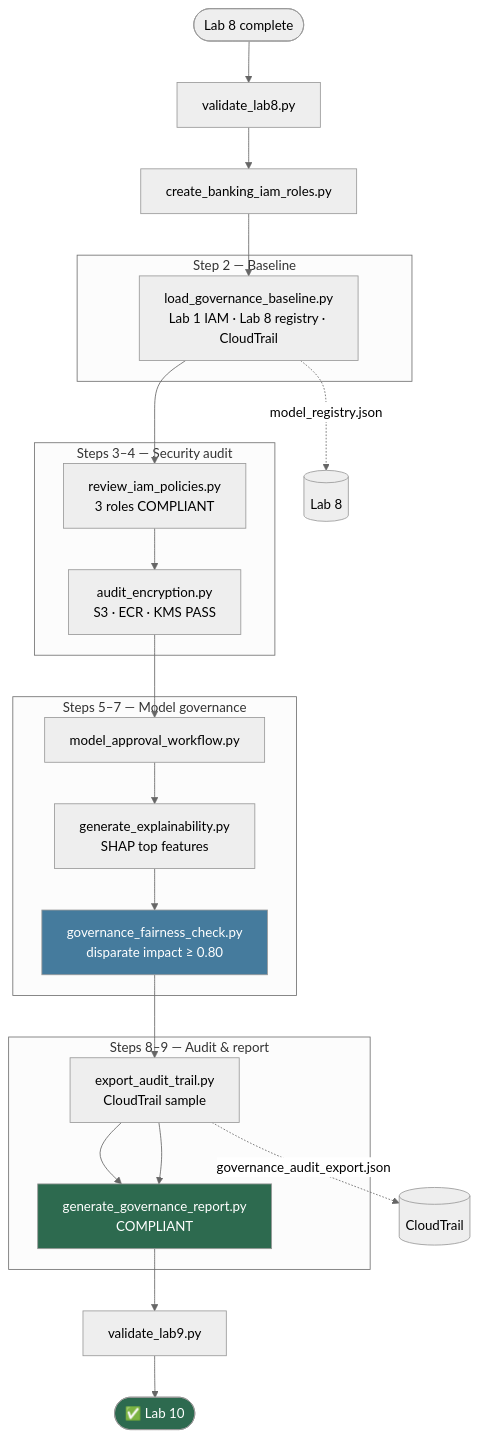
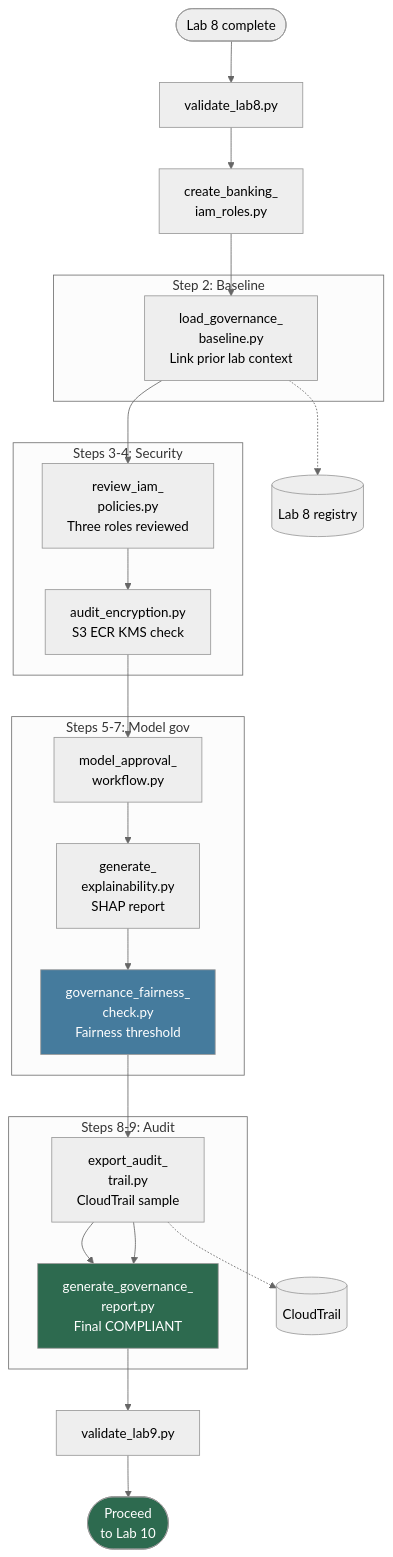
The diagram in lab9/README.md (Innovation-In-Software/ai-infra-mlops), drawn with Mermaid (neutral theme) before and after one commit. The commit also changed 10 other files, not shown here.

Commit message:
Fix lab flowcharts: multiline quoted labels to prevent text truncation.

````diff
--- a/lab9/README.md
+++ b/lab9/README.md
@@ -44,41 +44,41 @@
 ```mermaid
 flowchart TB
-    START([Lab 8 complete]) --> V8[validate_lab8.py]
-    V8 --> IAM[create_banking_iam_roles.py]
+    START(["Lab 8 complete"]) --> V8["validate_lab8.py"]
+    V8 --> IAM["create_banking_<br/>iam_roles.py"]
 
-    subgraph Baseline["Step 2 — Baseline"]
-        BL[load_governance_baseline.py<br/>Lab 1 IAM · Lab 8 registry · CloudTrail]
+    subgraph Baseline["Step 2: Baseline"]
+        BL["load_governance_<br/>baseline.py<br/>Link prior lab context"]
     end
 
-    subgraph Security["Steps 3–4 — Security audit"]
-        IR[review_iam_policies.py<br/>3 roles COMPLIANT]
-        EN[audit_encryption.py<br/>S3 · ECR · KMS PASS]
+    subgraph Security["Steps 3-4: Security"]
+        IR["review_iam_<br/>policies.py<br/>Three roles reviewed"]
+        EN["audit_encryption.py<br/>S3 ECR KMS check"]
         IR --> EN
     end
 
-    subgraph ModelGov["Steps 5–7 — Model governance"]
-        AP[model_approval_workflow.py]
-        EX[generate_explainability.py<br/>SHAP top features]
-        FA[governance_fairness_check.py<br/>disparate impact ≥ 0.80]
+    subgraph ModelGov["Steps 5-7: Model gov"]
+        AP["model_approval_<br/>workflow.py"]
+        EX["generate_<br/>explainability.py<br/>SHAP report"]
+        FA["governance_fairness_<br/>check.py<br/>Fairness threshold"]
         AP --> EX --> FA
     end
 
-    subgraph Audit["Steps 8–9 — Audit & report"]
-        AU[export_audit_trail.py<br/>CloudTrail sample]
-        GR[generate_governance_report.py<br/>COMPLIANT]
+    subgraph Audit["Steps 8-9: Audit"]
+        AU["export_audit_<br/>trail.py<br/>CloudTrail sample"]
+        GR["generate_governance_<br/>report.py<br/>Final COMPLIANT"]
         AU --> GR
     end
 
-    VAL[validate_lab9.py] --> OK([✅ Lab 10])
+    VAL["validate_lab9.py"] --> OK(["Proceed<br/>to Lab 10"])
 
     IAM --> BL --> IR
     EN --> AP
     FA --> AU --> GR --> VAL
 
-    BL -.->|model_registry.json| L8[(Lab 8)]
-    AU -.->|governance_audit_export.json| CT[(CloudTrail)]
+    BL -.-> L8[("Lab 8 registry")]
+    AU -.-> CT[("CloudTrail")]
 
     style OK fill:#2d6a4f,color:#fff
     style GR fill:#2d6a4f,color:#fff
     style FA fill:#457b9d,color:#fff
 ```
````
